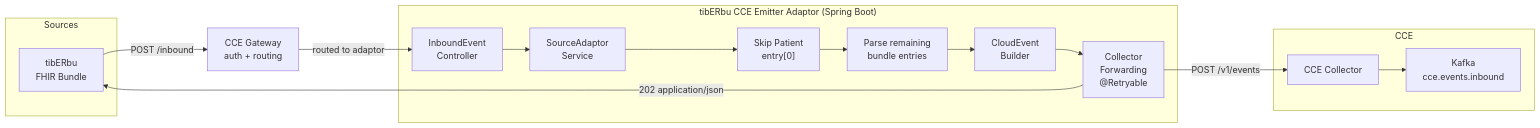
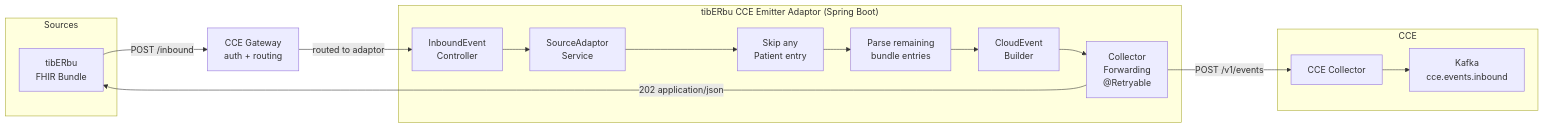
Before and after one commit to ishashankakkasali/tiberbu-cce-emitter-adaptor: the first of 7 diagrams in docs/flow-diagrams.md, drawn with Mermaid. The commit also changed other lines of this file and 11 other files, not shown here.

````diff
--- a/docs/flow-diagrams.md
+++ b/docs/flow-diagrams.md
@@ -7,34 +7,34 @@
 ```mermaid
 flowchart LR
     subgraph Sources
         EBZ[tibERbu<br/>FHIR Bundle]
     end
 
     GW[CCE Gateway<br/>auth + routing]
 
     subgraph "tibERbu CCE Emitter Adaptor (Spring Boot)"
         CTRL[InboundEvent<br/>Controller]
         SA[SourceAdaptor<br/>Service]
-        IGN["Skip Patient<br/>entry[0]"]
+        IGN["Skip any<br/>Patient entry"]
         PARSE[Parse remaining<br/>bundle entries]
         NORM[CloudEvent<br/>Builder]
         FWD["Collector<br/>Forwarding<br/>@Retryable"]
     end
 
     subgraph CCE
         COL[CCE Collector]
         KAFKA[Kafka<br/>cce.events.inbound]
     end
 
     EBZ -->|"POST /inbound"| GW
     GW -->|"routed to adaptor"| CTRL
     CTRL --> SA
     SA --> IGN
     IGN --> PARSE
     PARSE --> NORM
     NORM --> FWD
     FWD -->|"POST /v1/events"| COL
     COL --> KAFKA
 
     FWD -->|"202 application/json"| EBZ
 ```
````
